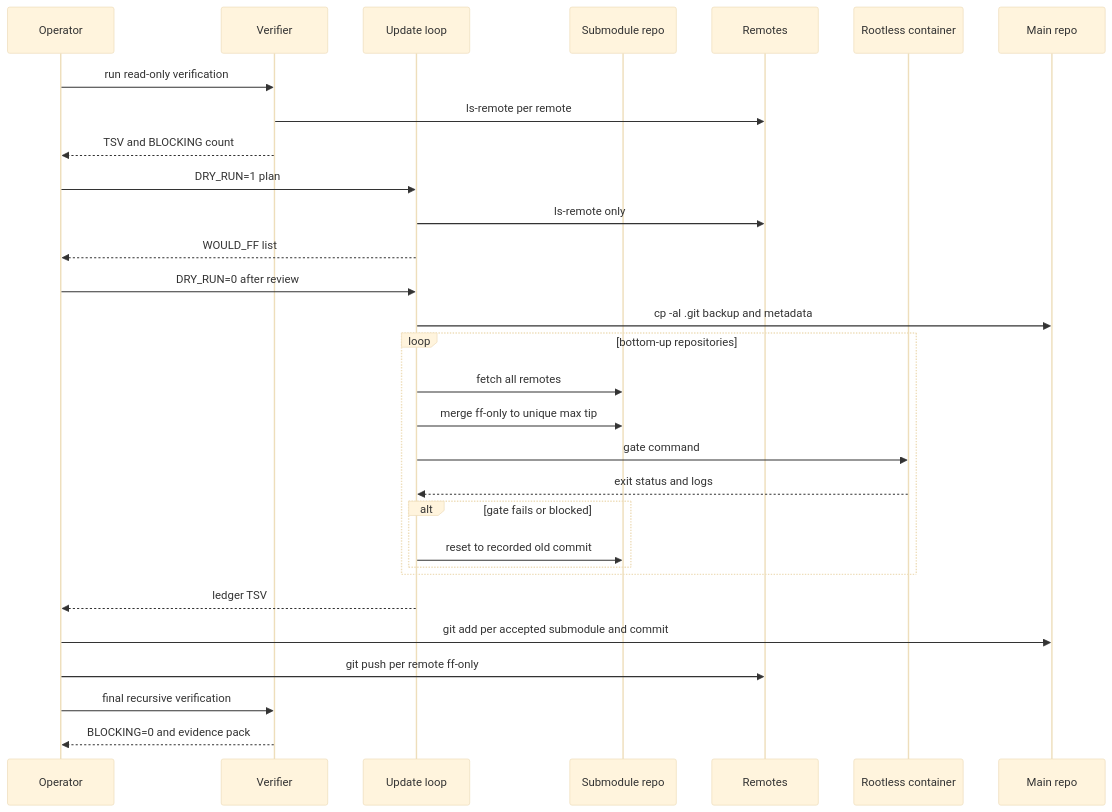
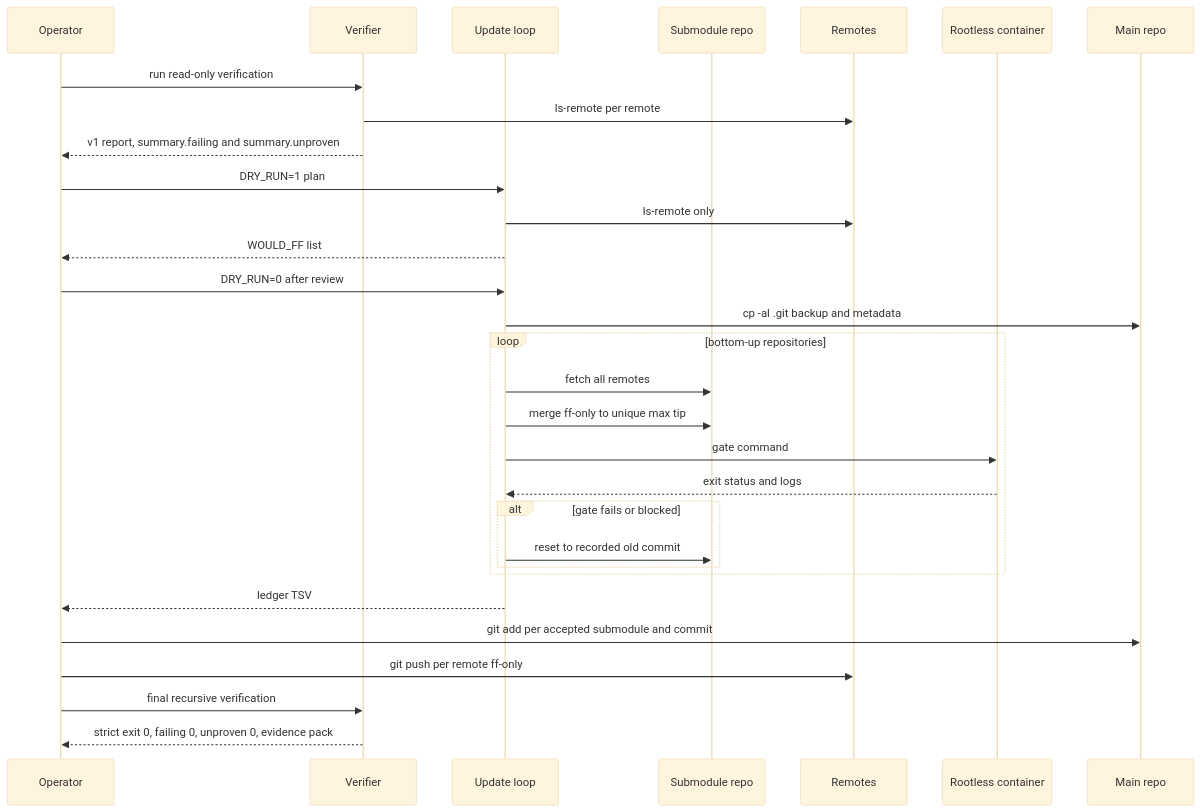
Before and after one commit to vasic-digital/catalogizer: the fourth of 4 diagrams in specs/001-full-project-audit-remediation/docs/11-submodules-audit-and-update-runbook.md, drawn with Mermaid (base theme). The commit also changed other lines of this file and 28 other files, not shown here.

````diff
--- a/specs/001-full-project-audit-remediation/docs/11-submodules-audit-and-update-runbook.md
+++ b/specs/001-full-project-audit-remediation/docs/11-submodules-audit-and-update-runbook.md
@@ -406,32 +406,32 @@
 ```mermaid
 sequenceDiagram
   participant O as Operator
   participant V as Verifier
   participant U as Update loop
   participant S as Submodule repo
   participant R as Remotes
   participant C as Rootless container
   participant M as Main repo
   O->>V: run read-only verification
   V->>R: ls-remote per remote
-  V-->>O: TSV and BLOCKING count
+  V-->>O: v1 report, summary.failing and summary.unproven
   O->>U: DRY_RUN=1 plan
   U->>R: ls-remote only
   U-->>O: WOULD_FF list
   O->>U: DRY_RUN=0 after review
   U->>M: cp -al .git backup and metadata
   loop bottom-up repositories
     U->>S: fetch all remotes
     U->>S: merge ff-only to unique max tip
     U->>C: gate command
     C-->>U: exit status and logs
     alt gate fails or blocked
       U->>S: reset to recorded old commit
     end
   end
   U-->>O: ledger TSV
   O->>M: git add per accepted submodule and commit
   O->>R: git push per remote ff-only
   O->>V: final recursive verification
-  V-->>O: BLOCKING=0 and evidence pack
+  V-->>O: strict exit 0, failing 0, unproven 0, evidence pack
 ```
````
